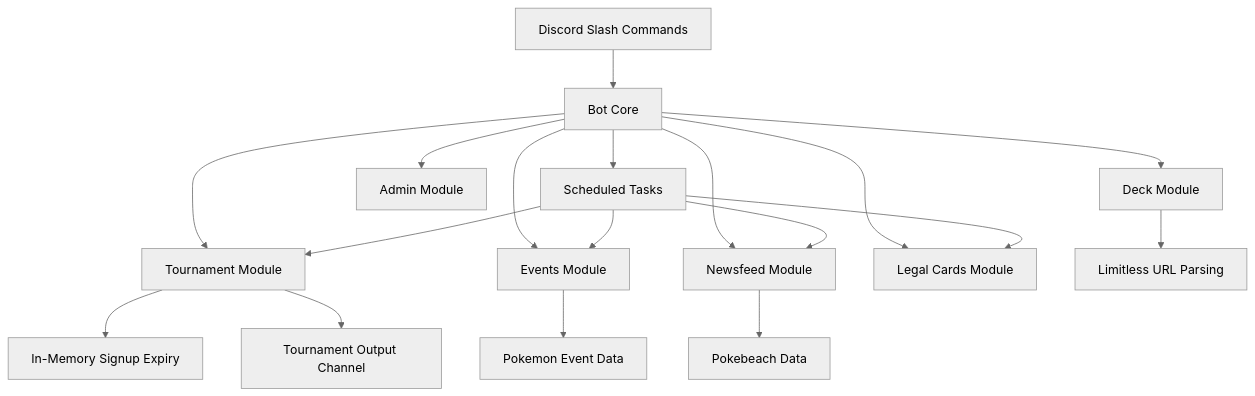
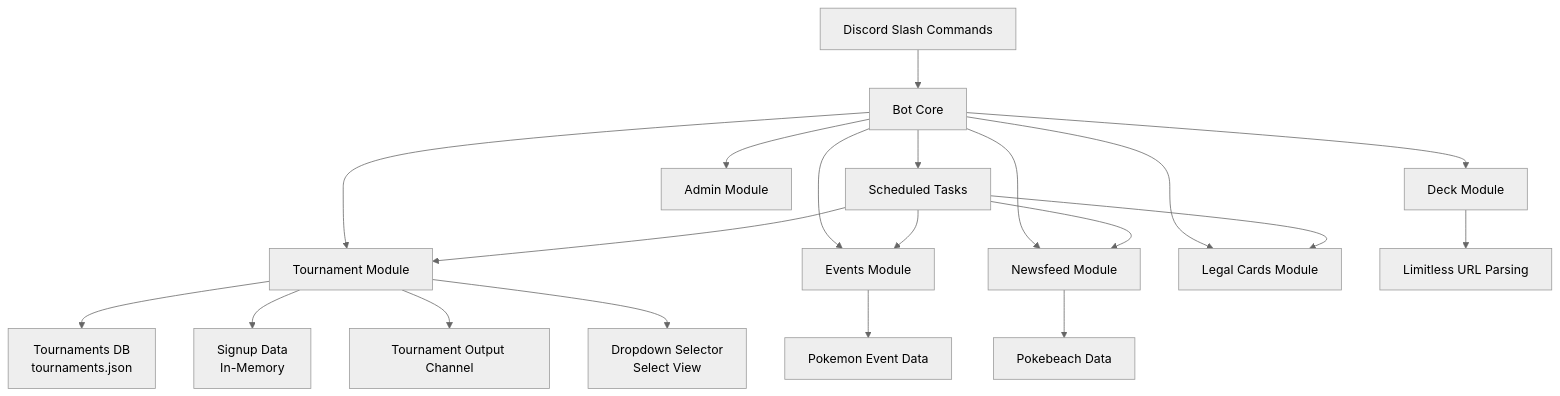
The diagram in README.md (Dominic-Santos/doms_discord_bot), drawn with Mermaid (neutral theme) before and after one commit. The commit also changed other lines of this file and 11 other files, not shown here.

Commit message:
update tournament flow

````diff
--- a/README.md
+++ b/README.md
@@ -278,23 +313,25 @@
 ```mermaid
 flowchart TD
     A[Discord Slash Commands] --> B[Bot Core]
     B --> C[Deck Module]
     B --> D[Tournament Module]
     B --> E[Events Module]
     B --> F[Newsfeed Module]
     B --> G[Legal Cards Module]
     B --> H[Admin Module]
 
-    D --> I[In-Memory Signup Expiry]
-    D --> J[Tournament Output Channel]
+    D --> I[Tournaments DB<br/>tournaments.json]
+    D --> J[Signup Data<br/>In-Memory]
+    D --> K[Tournament Output Channel]
+    D --> L[Dropdown Selector<br/>Select View]
 
-    B --> K[Scheduled Tasks]
-    K --> G
-    K --> D
-    K --> E
-    K --> F
+    B --> M[Scheduled Tasks]
+    M --> G
+    M --> D
+    M --> E
+    M --> F
 
-    C --> L[Limitless URL Parsing]
-    E --> M[Pokemon Event Data]
-    F --> N[Pokebeach Data]
+    C --> N[Limitless URL Parsing]
+    E --> O[Pokemon Event Data]
+    F --> P[Pokebeach Data]
 ```
````
